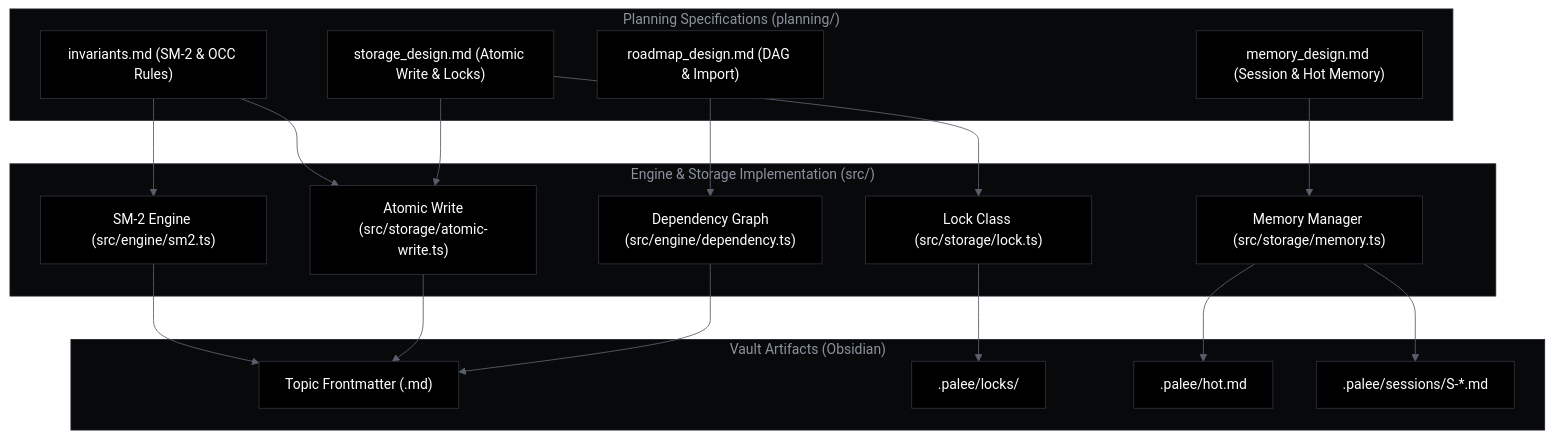
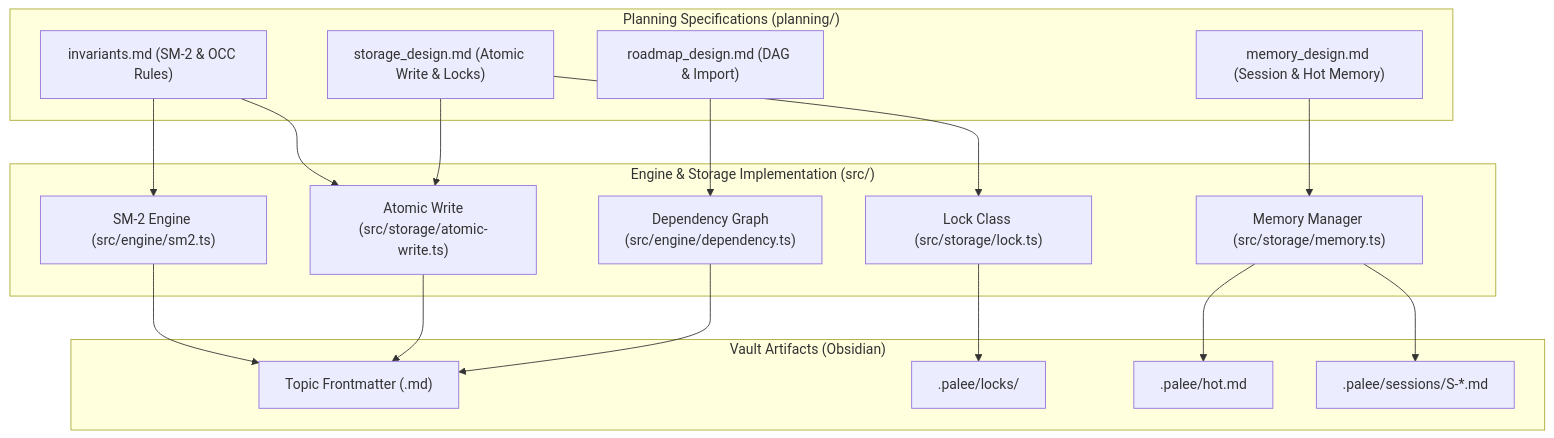
One commit to Kuldeep2822k/cli changed the first of 2 diagrams in docs/08-0-planning-and-design-documents.md. Above: the diagram before and after it, drawn with Mermaid. The commit also changed 4 other files, not shown here.

First line of the commit message:
docs: render Mermaid diagrams like GitHub's dark preview

````diff
--- a/docs/08-0-planning-and-design-documents.md
+++ b/docs/08-0-planning-and-design-documents.md
@@ -67,75 +67,38 @@
 ```mermaid
-%%{init: {
-  'theme': 'base',
-  'themeVariables': {
-    'background': '#000000',
-    'primaryColor': '#000000',
-    'primaryTextColor': '#e0e0e0',
-    'primaryBorderColor': '#2d3139',
-    'lineColor': '#5a606b',
-    'secondaryColor': '#000000',
-    'tertiaryColor': '#000000',
-    'clusterBkg': '#0a0b0d',
-    'clusterBorder': '#1e2128',
-    'titleColor': '#8b949e',
-    'edgeLabelBackground': '#000000',
-    'fontFamily': 'Inter, system-ui, sans-serif'
-  }
-}}%%
 flowchart TD
     subgraph PlanSpace ["Planning Specifications (planning/)"]
         P_Inv["invariants.md (SM-2 & OCC Rules)"]
         P_Stor["storage_design.md (Atomic Write & Locks)"]
         P_Mem["memory_design.md (Session & Hot Memory)"]
         P_Road["roadmap_design.md (DAG & Import)"]
     end
 
     subgraph CodeSpace ["Engine & Storage Implementation (src/)"]
         C_SM2["SM-2 Engine (src/engine/sm2.ts)"]
         C_Atom["Atomic Write<br/>(src/storage/atomic-write.ts)"]
         C_Lock["Lock Class (src/storage/lock.ts)"]
         C_Mem["Memory Manager (src/storage/memory.ts)"]
         C_DAG["Dependency Graph<br/>(src/engine/dependency.ts)"]
     end
 
     subgraph VaultSpace ["Vault Artifacts (Obsidian)"]
         V_Note["Topic Frontmatter (.md)"]
         V_Lock[".palee/locks/"]
         V_Hot[".palee/hot.md"]
         V_Sess[".palee/sessions/S-*.md"]
     end
 
     P_Inv --> C_SM2
     P_Inv --> C_Atom
     P_Stor --> C_Atom
     P_Stor --> C_Lock
     P_Mem --> C_Mem
     P_Road --> C_DAG
 
     C_SM2 --> V_Note
     C_Atom --> V_Note
     C_Lock --> V_Lock
     C_Mem --> V_Hot
     C_Mem --> V_Sess
     C_DAG --> V_Note
-
-    style PlanSpace fill:#08090b,stroke:#1e2128,stroke-width:1px,color:#8b949e
-    style CodeSpace fill:#08090b,stroke:#1e2128,stroke-width:1px,color:#8b949e
-    style VaultSpace fill:#08090b,stroke:#1e2128,stroke-width:1px,color:#8b949e
-
-    style P_Inv fill:#000000,stroke:#2d3139,stroke-width:1px,color:#ffffff
-    style P_Stor fill:#000000,stroke:#2d3139,stroke-width:1px,color:#ffffff
-    style P_Mem fill:#000000,stroke:#2d3139,stroke-width:1px,color:#ffffff
-    style P_Road fill:#000000,stroke:#2d3139,stroke-width:1px,color:#ffffff
-
-    style C_SM2 fill:#000000,stroke:#2d3139,stroke-width:1px,color:#ffffff
-    style C_Atom fill:#000000,stroke:#2d3139,stroke-width:1px,color:#ffffff
-    style C_Lock fill:#000000,stroke:#2d3139,stroke-width:1px,color:#ffffff
-    style C_Mem fill:#000000,stroke:#2d3139,stroke-width:1px,color:#ffffff
-    style C_DAG fill:#000000,stroke:#2d3139,stroke-width:1px,color:#ffffff
-
-    style V_Note fill:#000000,stroke:#2d3139,stroke-width:1px,color:#ffffff
-    style V_Lock fill:#000000,stroke:#2d3139,stroke-width:1px,color:#ffffff
-    style V_Hot fill:#000000,stroke:#2d3139,stroke-width:1px,color:#ffffff
-    style V_Sess fill:#000000,stroke:#2d3139,stroke-width:1px,color:#ffffff
 ```
````
